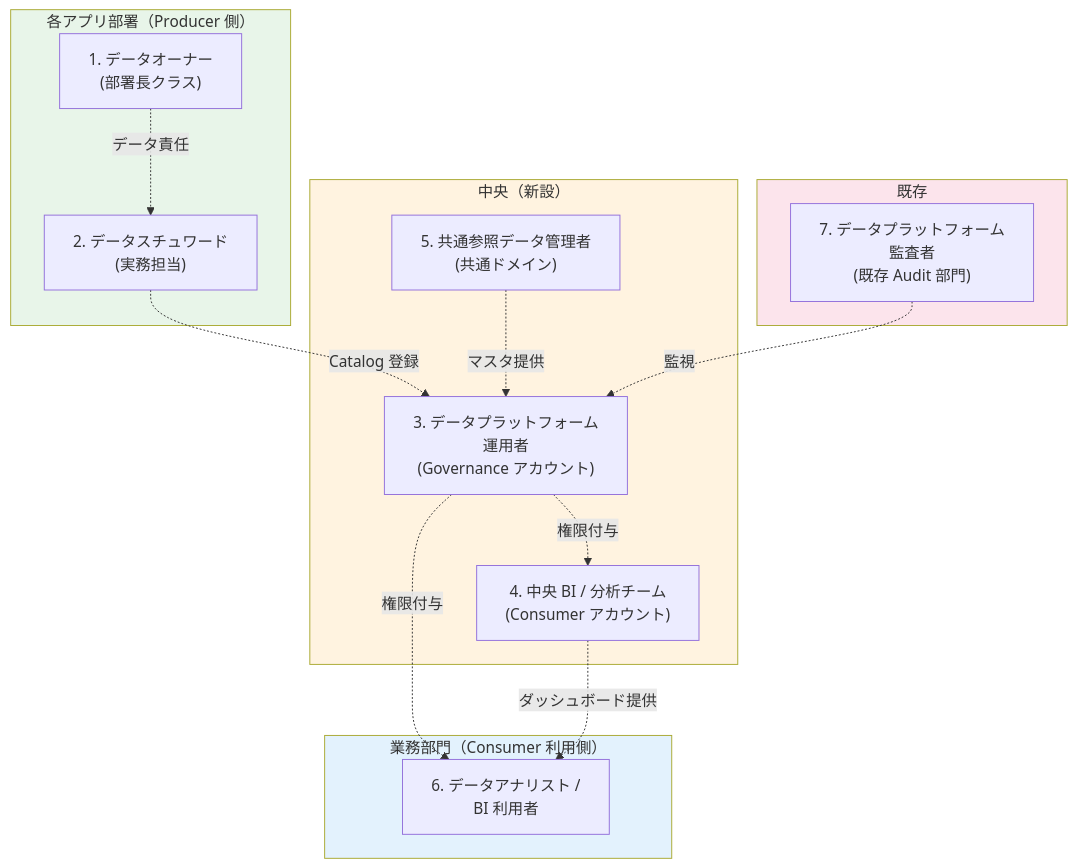
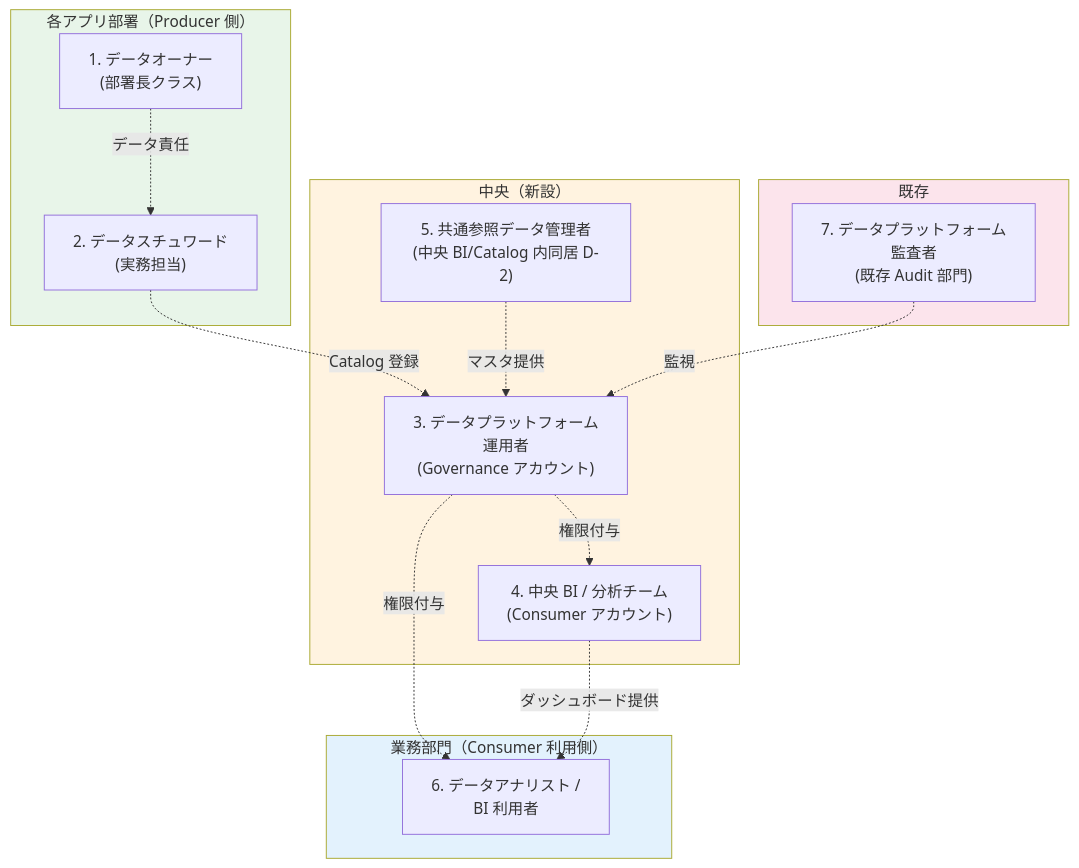
One commit to suepie/aws-atuh-poc changed the second of 4 diagrams in doc/data-platform/strawman-proposal.md. Above: the diagram before and after it, drawn with Mermaid. The commit also changed other lines of this file and 11 other files, not shown here.

````diff
--- a/doc/data-platform/strawman-proposal.md
+++ b/doc/data-platform/strawman-proposal.md
@@ -138,34 +133,34 @@
 ```mermaid
 flowchart TB
     subgraph App["各アプリ部署（Producer 側）"]
         R1["1. データオーナー<br/>(部署長クラス)"]
         R2["2. データスチュワード<br/>(実務担当)"]
     end
 
     subgraph Central["中央（新設）"]
         R3["3. データプラットフォーム<br/>運用者<br/>(Governance アカウント)"]
         R4["4. 中央 BI / 分析チーム<br/>(Consumer アカウント)"]
-        R5["5. 共通参照データ管理者<br/>(共通ドメイン)"]
+        R5["5. 共通参照データ管理者<br/>(中央 BI/Catalog 内同居 D-2)"]
     end
 
     subgraph Users["業務部門（Consumer 利用側）"]
         R6["6. データアナリスト /<br/>BI 利用者"]
     end
 
     subgraph Audit["既存"]
         R7["7. データプラットフォーム<br/>監査者<br/>(既存 Audit 部門)"]
     end
 
     R1 -.データ責任.-> R2
     R2 -.Catalog 登録.-> R3
     R3 -.権限付与.-> R4
     R3 -.権限付与.-> R6
     R4 -.ダッシュボード提供.-> R6
     R5 -.マスタ提供.-> R3
     R7 -.監視.-> R3
 
     style App fill:#e8f5e9
     style Central fill:#fff3e0
     style Users fill:#e3f2fd
     style Audit fill:#fce4ec
 ```
````
